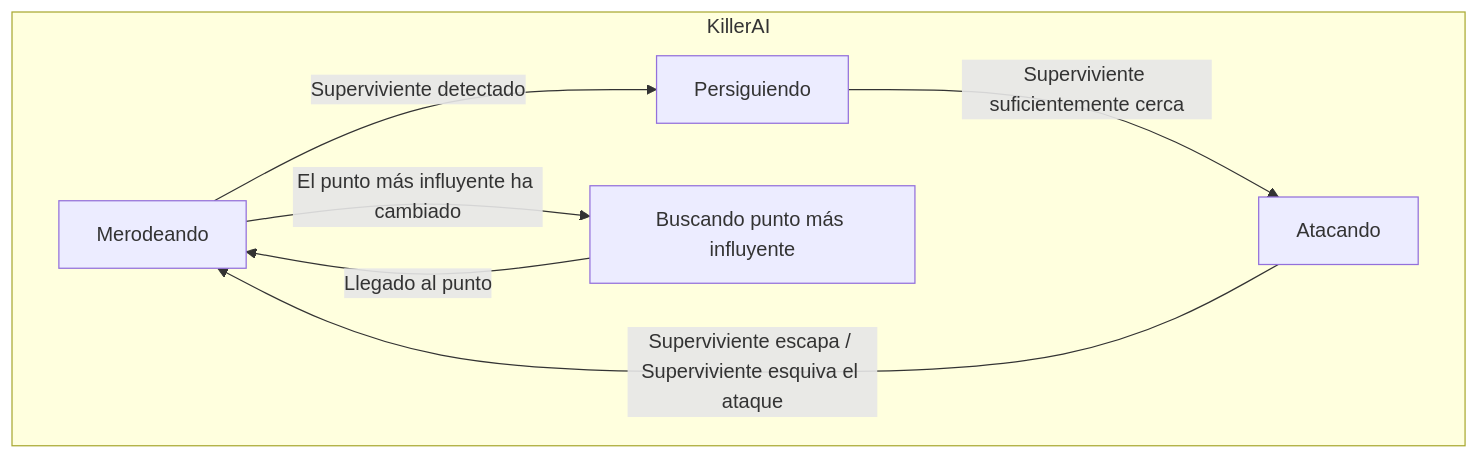
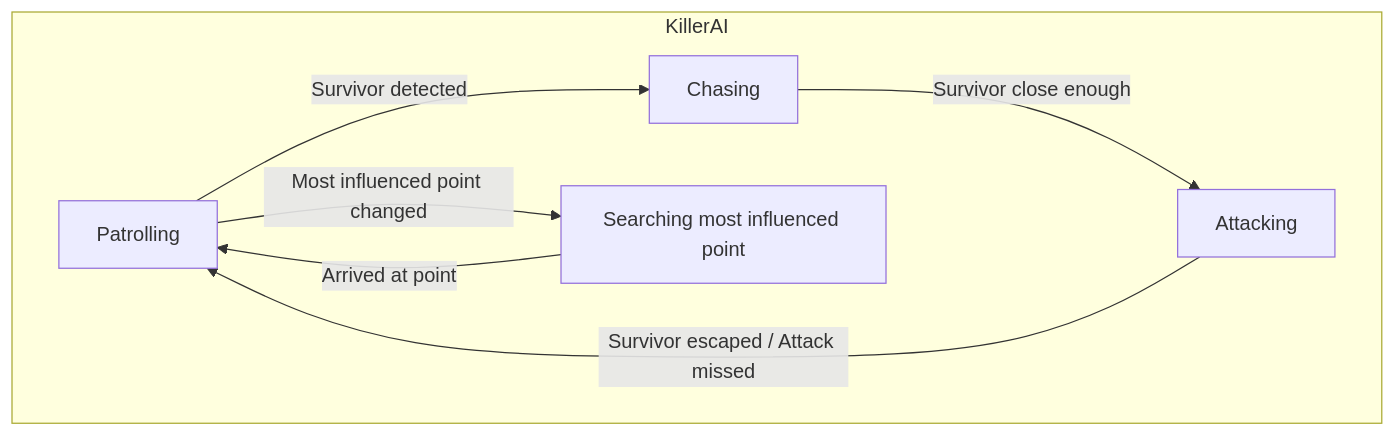
One commit to IAV24-Qin-Wen/ProyectoFinal changed the first of 2 diagrams in README.md. Above: the diagram before and after it, drawn with Mermaid. The commit also changed other lines of this file, not shown here.

````diff
--- a/README.md
+++ b/README.md
@@ -110,15 +100,15 @@
 ```mermaid
 graph TD;
     subgraph KillerAI
-        H[Merodeando]
-        I[Persiguiendo]
-        J[Atacando]
-        K[Buscando punto más influyente]
+        H[Patrolling]
+        I[Chasing]
+        J[Attacking]
+        K[Searching most influenced point]
     
-        H -->|Superviviente detectado| I
-        H -->|El punto más influyente ha cambiado| K
-        K -->|Llegado al punto| H
-        I -->|Superviviente suficientemente cerca| J
-        J -->|Superviviente escapa / Superviviente esquiva el ataque| H
+        H -->|Survivor detected| I
+        H -->|Most influenced point changed| K
+        K -->|Arrived at point| H
+        I -->|Survivor close enough| J
+        J -->|Survivor escaped / Attack missed| H
     end
 ```
````
